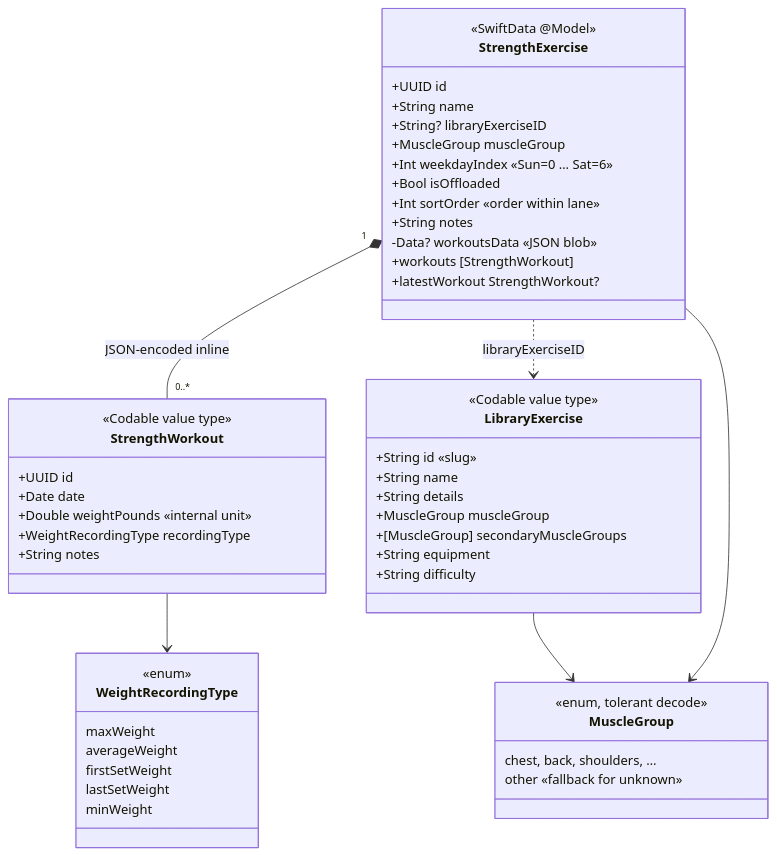
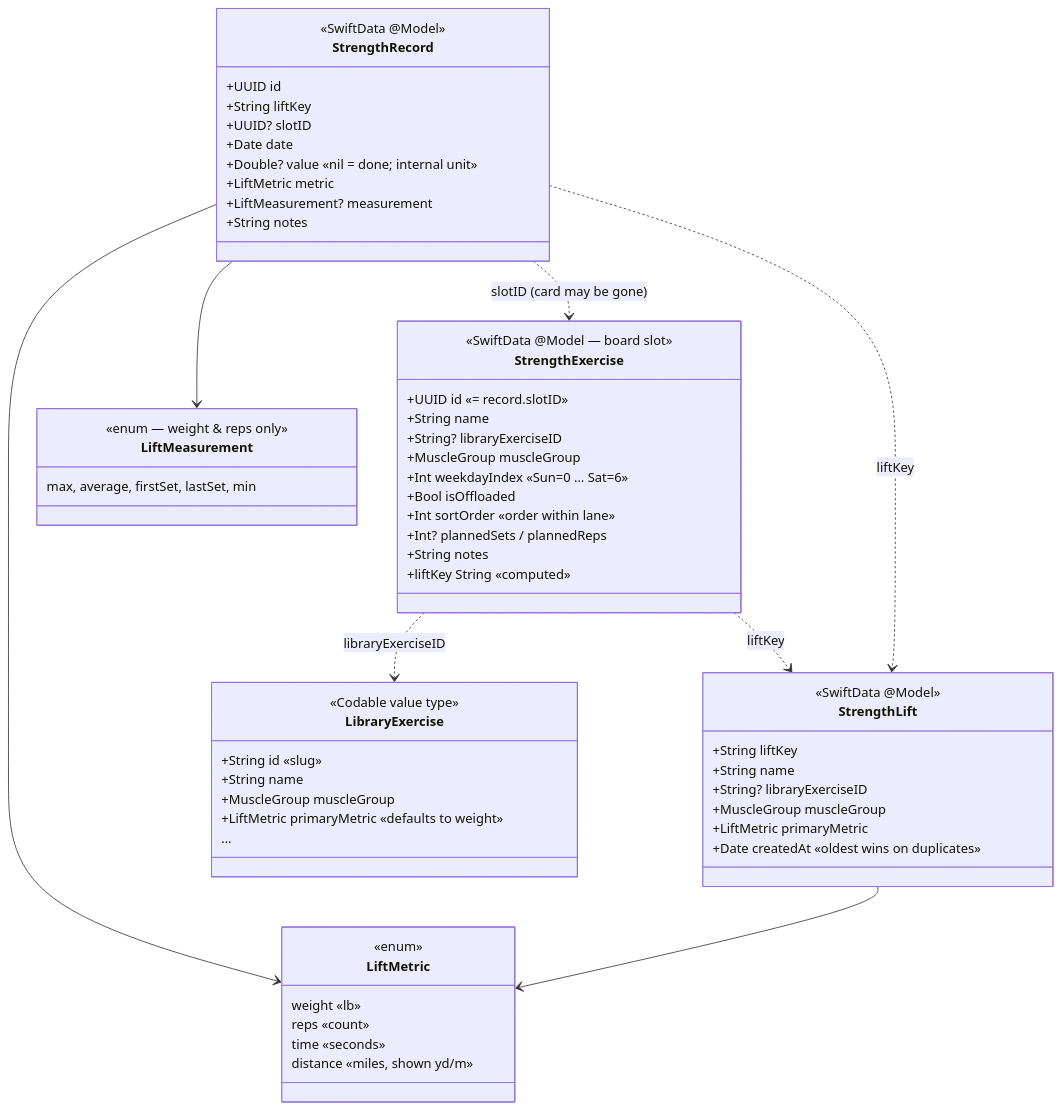
The first of 4 diagrams in docs/STRENGTH_TRAINING.md (bradlet/train), drawn with Mermaid before and after one commit. The commit also changed other lines of this file and 4 other files, not shown here.

First line of the commit message:
docs: document lift-owned strength history

````diff
--- a/docs/STRENGTH_TRAINING.md
+++ b/docs/STRENGTH_TRAINING.md
@@ -20,54 +21,63 @@
 ```mermaid
 classDiagram
     class StrengthExercise {
-        <<SwiftData @Model>>
-        +UUID id
+        <<SwiftData @Model — board slot>>
+        +UUID id  «= record.slotID»
         +String name
         +String? libraryExerciseID
         +MuscleGroup muscleGroup
         +Int weekdayIndex  «Sun=0 … Sat=6»
         +Bool isOffloaded
         +Int sortOrder  «order within lane»
+        +Int? plannedSets / plannedReps
         +String notes
-        -Data? workoutsData  «JSON blob»
-        +workouts [StrengthWorkout]
-        +latestWorkout StrengthWorkout?
+        +liftKey String  «computed»
     }
-    class StrengthWorkout {
-        <<Codable value type>>
+    class StrengthLift {
+        <<SwiftData @Model>>
+        +String liftKey
+        +String name
+        +String? libraryExerciseID
+        +MuscleGroup muscleGroup
+        +LiftMetric primaryMetric
+        +Date createdAt  «oldest wins on duplicates»
+    }
+    class StrengthRecord {
+        <<SwiftData @Model>>
         +UUID id
+        +String liftKey
+        +UUID? slotID
         +Date date
-        +Double weightPounds  «internal unit»
-        +WeightRecordingType recordingType
+        +Double? value  «nil = done; internal unit»
+        +LiftMetric metric
+        +LiftMeasurement? measurement
         +String notes
     }
-    class WeightRecordingType {
+    class LiftMetric {
         <<enum>>
-        maxWeight
-        averageWeight
-        firstSetWeight
-        lastSetWeight
-        minWeight
+        weight «lb»
+        reps «count»
+        time «seconds»
+        distance «miles, shown yd/m»
+    }
+    class LiftMeasurement {
+        <<enum — weight & reps only>>
+        max, average, firstSet, lastSet, min
     }
     class LibraryExercise {
         <<Codable value type>>
         +String id  «slug»
         +String name
-        +String details
         +MuscleGroup muscleGroup
-        +[MuscleGroup] secondaryMuscleGroups
-        +String equipment
-        +String difficulty
-    }
-    class MuscleGroup {
-        <<enum, tolerant decode>>
-        chest, back, shoulders, …
-        other  «fallback for unknown»
+        +LiftMetric primaryMetric  «defaults to weight»
+        …
     }
 
-    StrengthExercise "1" *-- "0..*" StrengthWorkout : JSON-encoded inline
-    StrengthWorkout --> WeightRecordingType
+    StrengthExercise ..> StrengthLift : liftKey
+    StrengthRecord ..> StrengthLift : liftKey
+    StrengthRecord ..> StrengthExercise : slotID (card may be gone)
     StrengthExercise ..> LibraryExercise : libraryExerciseID
-    LibraryExercise --> MuscleGroup
-    StrengthExercise --> MuscleGroup
+    StrengthRecord --> LiftMetric
+    StrengthRecord --> LiftMeasurement
+    StrengthLift --> LiftMetric
 ```
````
